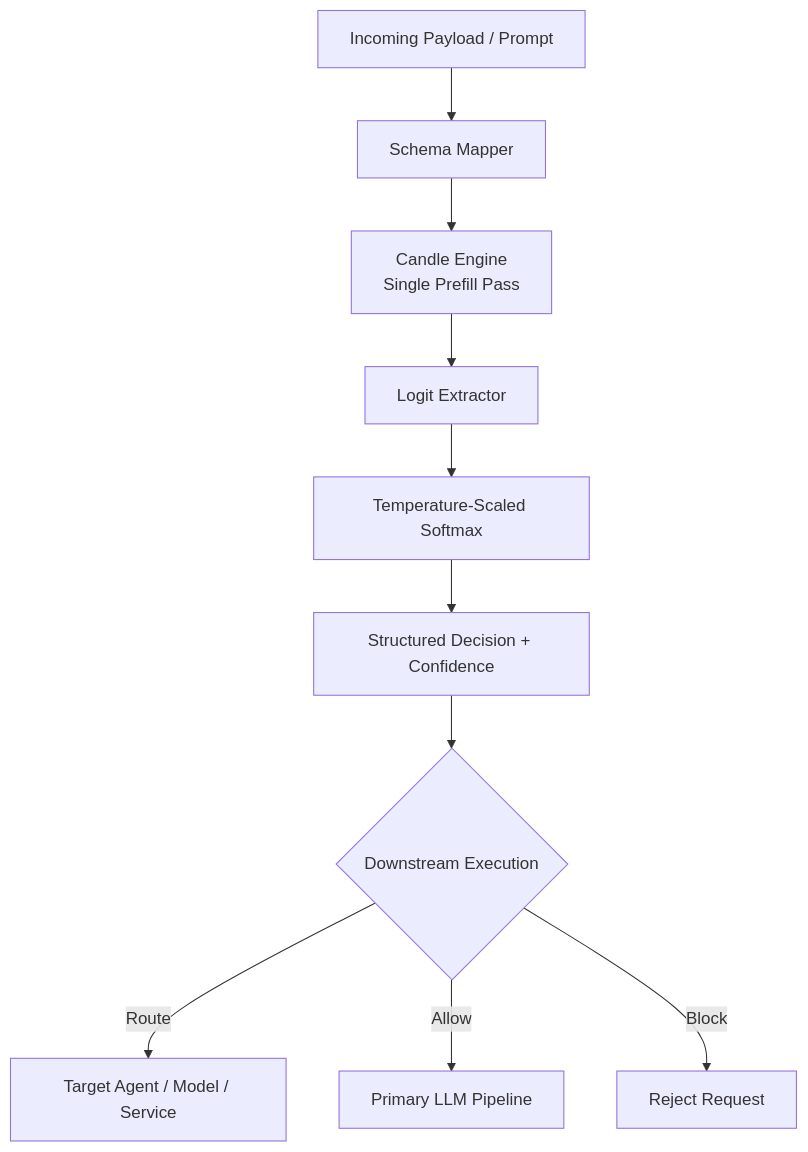
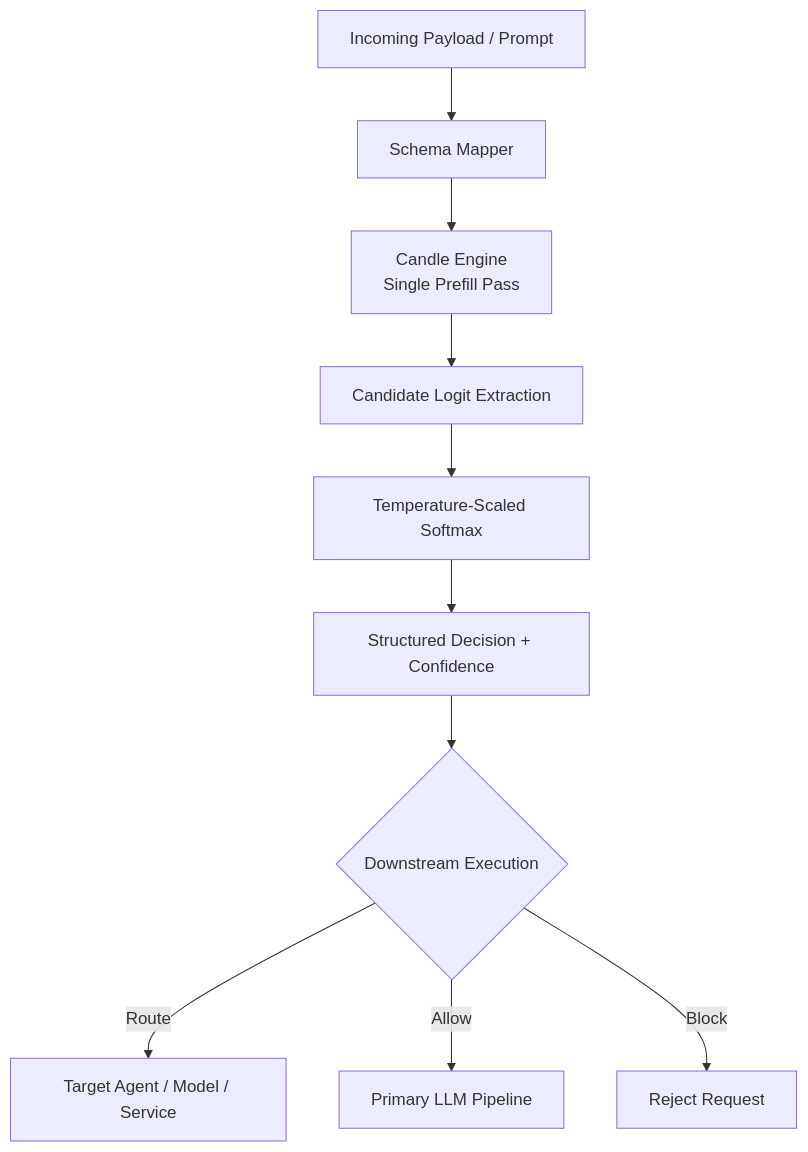
The diagram in README.md (nareshgcv/kronos), drawn with Mermaid before and after one commit. The commit also changed other lines of this file, not shown here.

````diff
--- a/README.md
+++ b/README.md
@@ -244,14 +301,14 @@
 ```mermaid
 flowchart TD
     A["Incoming Payload / Prompt"] --> B["Schema Mapper"]
     B --> C["Candle Engine<br/>Single Prefill Pass"]
-    C --> D["Logit Extractor"]
+    C --> D["Candidate Logit Extraction"]
     D --> E["Temperature-Scaled Softmax"]
     E --> F["Structured Decision + Confidence"]
 
     F --> G{"Downstream Execution"}
 
     G -->|Route| H["Target Agent / Model / Service"]
     G -->|Allow| I["Primary LLM Pipeline"]
     G -->|Block| J["Reject Request"]
 ```
````
